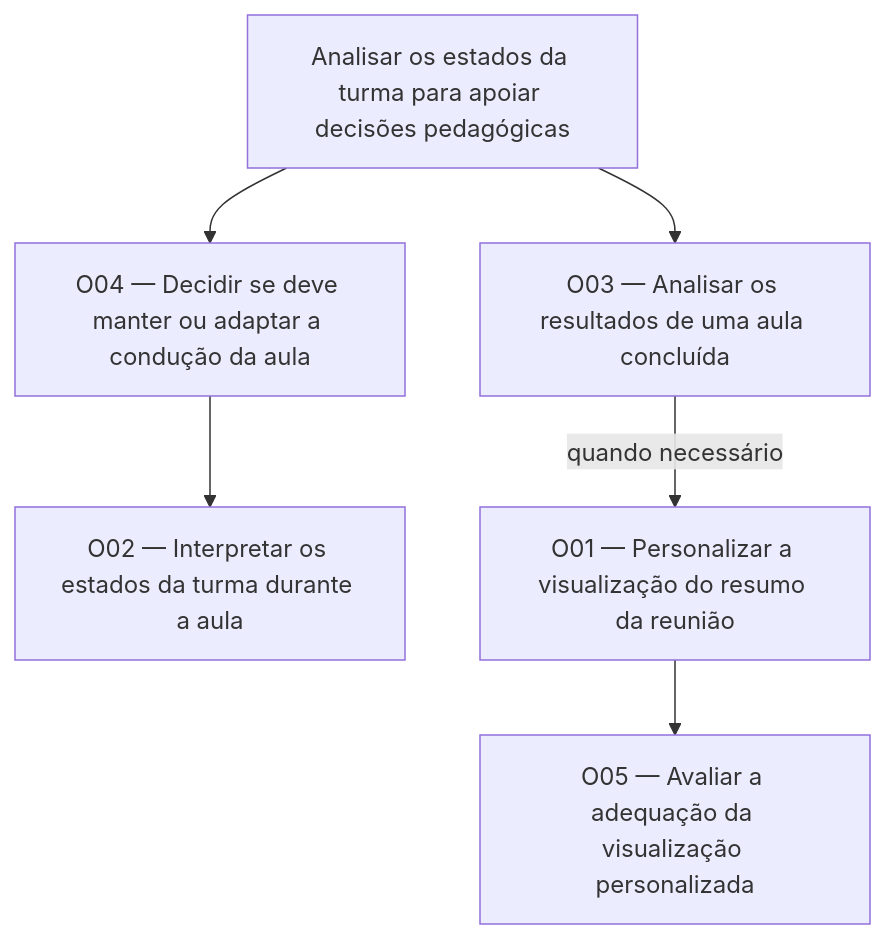
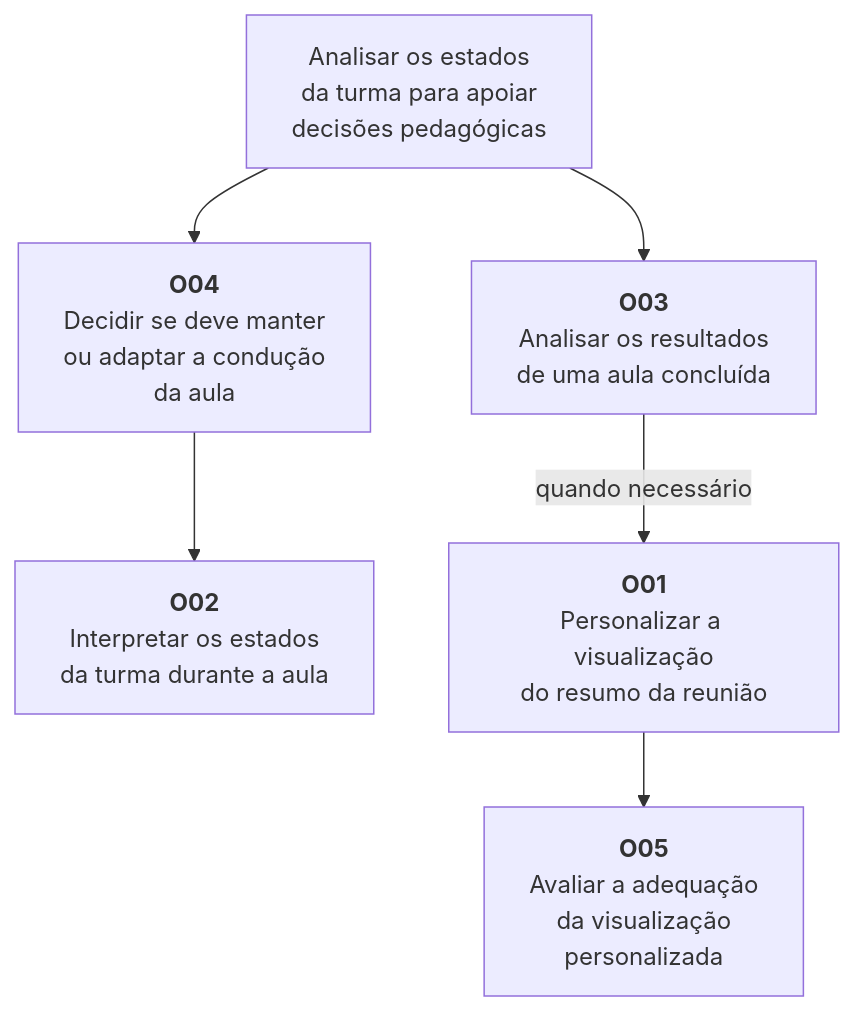
The diagram in docs/09_modelo_conceitual.md (IsaRosseto/IHC_MindFlowAI), drawn with Mermaid before and after one commit.

````diff
--- a/docs/09_modelo_conceitual.md
+++ b/docs/09_modelo_conceitual.md
@@ -87,19 +87,36 @@
 ```mermaid
 flowchart TD
-    GERAL["Analisar os estados da turma para apoiar decisões pedagógicas"]
+    GERAL["`Analisar os estados
+    da turma para apoiar
+    decisões pedagógicas`"]
 
-    O04["O04 — Decidir se deve manter ou adaptar a condução da aula"]
-    O03["O03 — Analisar os resultados de uma aula concluída"]
+    O04["`**O04**
+    Decidir se deve manter
+    ou adaptar a condução
+    da aula`"]
 
-    O02["O02 — Interpretar os estados da turma durante a aula"]
-    O01["O01 — Personalizar a visualização do resumo da reunião"]
-    O05["O05 — Avaliar a adequação da visualização personalizada"]
+    O03["`**O03**
+    Analisar os resultados
+    de uma aula concluída`"]
+
+    O02["`**O02**
+    Interpretar os estados
+    da turma durante a aula`"]
+
+    O01["`**O01**
+    Personalizar a visualização
+    do resumo da reunião`"]
+
+    O05["`**O05**
+    Avaliar a adequação
+    da visualização
+    personalizada`"]
 
     GERAL --> O04
     GERAL --> O03
 
     O04 --> O02
 
     O03 -->|"quando necessário"| O01
     O01 --> O05
 ```
````
